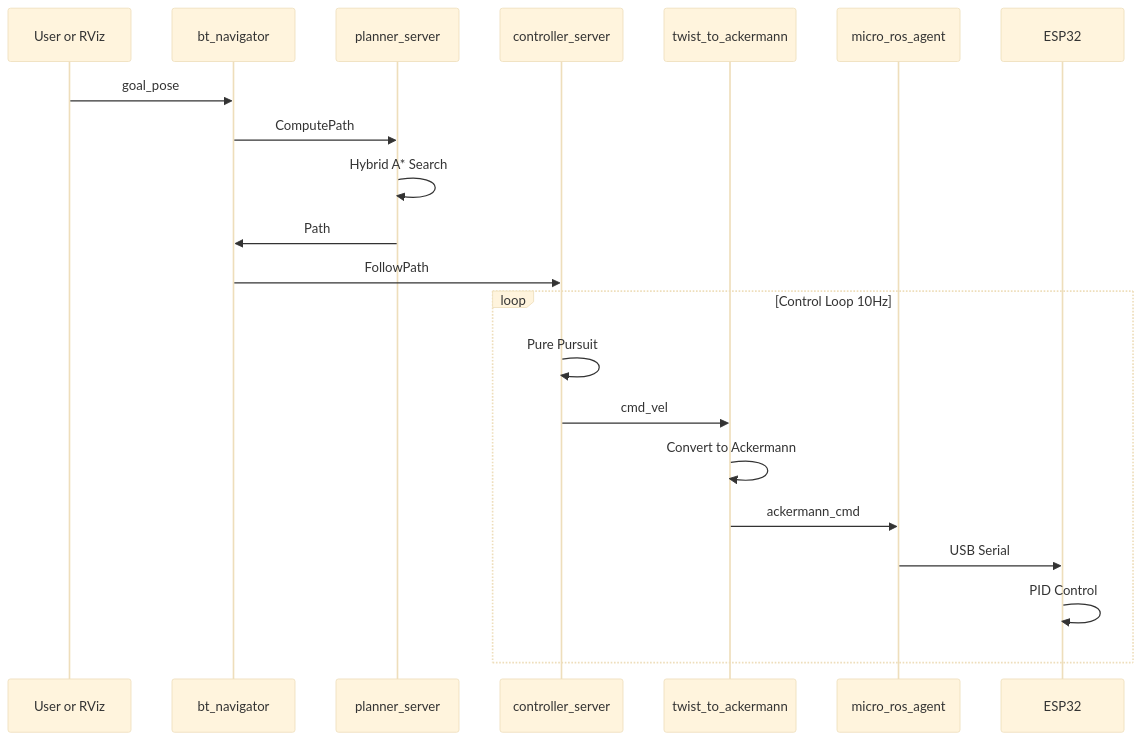
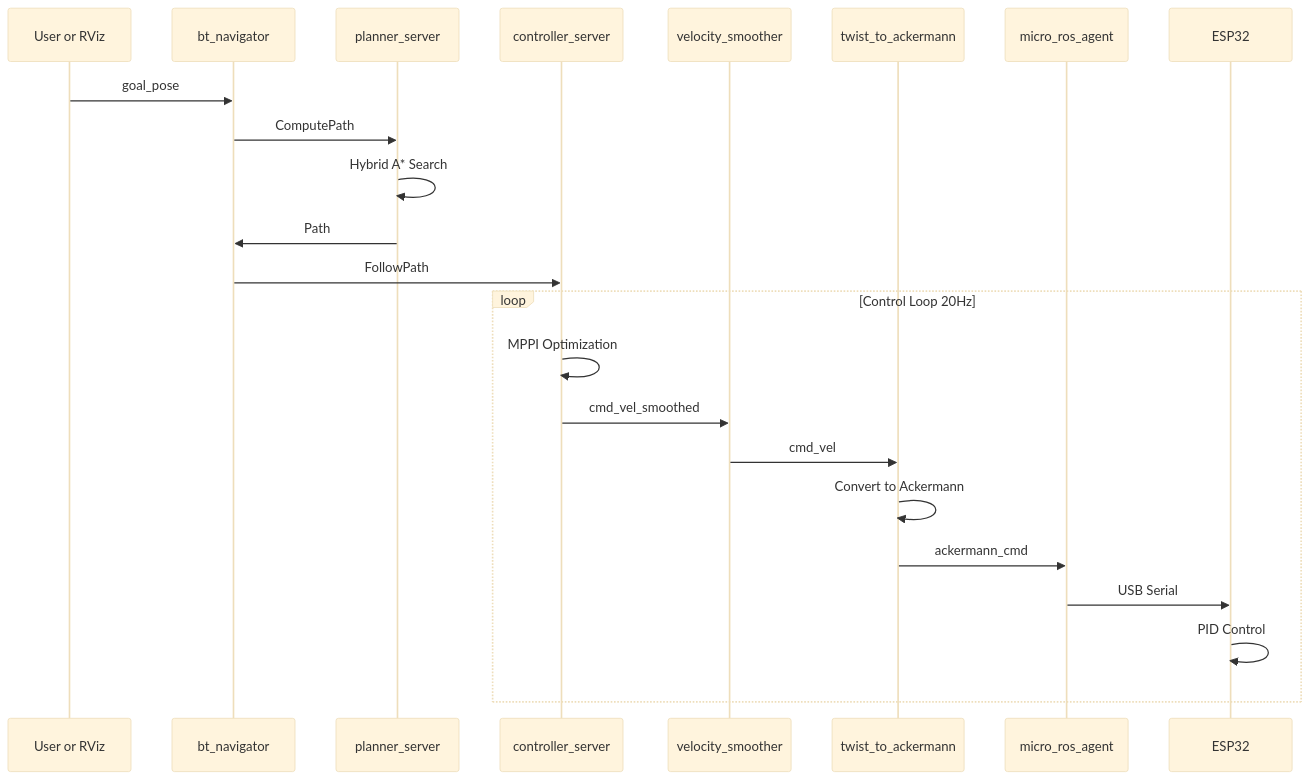
One commit to KashmeeraTT/Ackerman_UGV changed the eighth of 13 diagrams in SYSTEM_DOCUMENTATION.md. Above: the diagram before and after it, drawn with Mermaid (base theme). The commit also changed other lines of this file and 11 other files, not shown here.

Commit message:
feat: Implement dynamic steering calibration, refactor controller architecture by removing old headers, and adjust firmware publishing rates.

````diff
--- a/SYSTEM_DOCUMENTATION.md
+++ b/SYSTEM_DOCUMENTATION.md
@@ -402,24 +429,26 @@
 ```mermaid
 sequenceDiagram
     participant User as User or RViz
     participant BT as bt_navigator
     participant Plan as planner_server
     participant Ctrl as controller_server
+    participant VS as velocity_smoother
     participant Ack as twist_to_ackermann
     participant Agent as micro_ros_agent
     participant ESP as ESP32
     
     User->>BT: goal_pose
     BT->>Plan: ComputePath
     Plan->>Plan: Hybrid A* Search
     Plan->>BT: Path
     BT->>Ctrl: FollowPath
-    loop Control Loop 10Hz
-        Ctrl->>Ctrl: Pure Pursuit
-        Ctrl->>Ack: cmd_vel
+    loop Control Loop 20Hz
+        Ctrl->>Ctrl: MPPI Optimization
+        Ctrl->>VS: cmd_vel_smoothed
+        VS->>Ack: cmd_vel
         Ack->>Ack: Convert to Ackermann
         Ack->>Agent: ackermann_cmd
         Agent->>ESP: USB Serial
         ESP->>ESP: PID Control
     end
 ```
````
